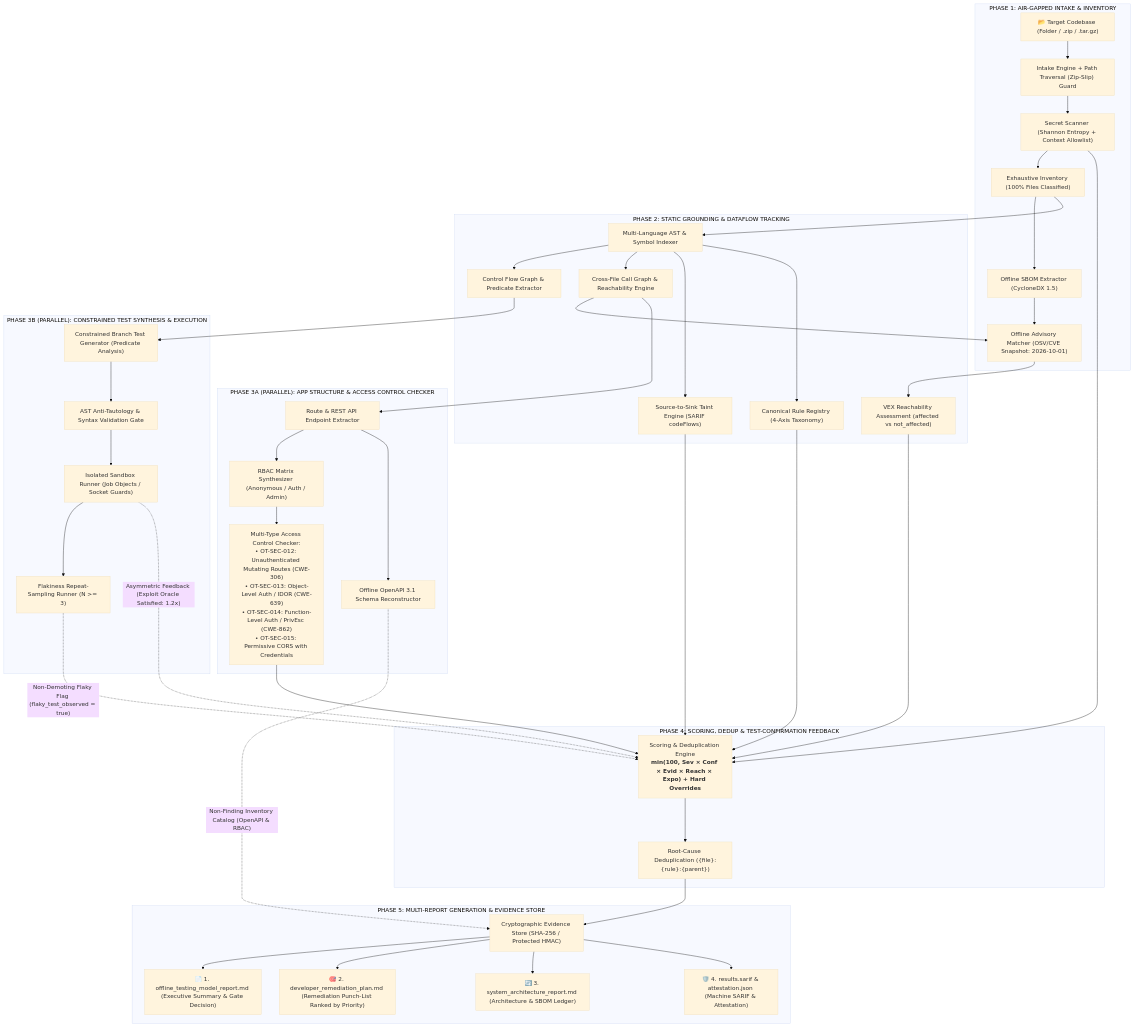
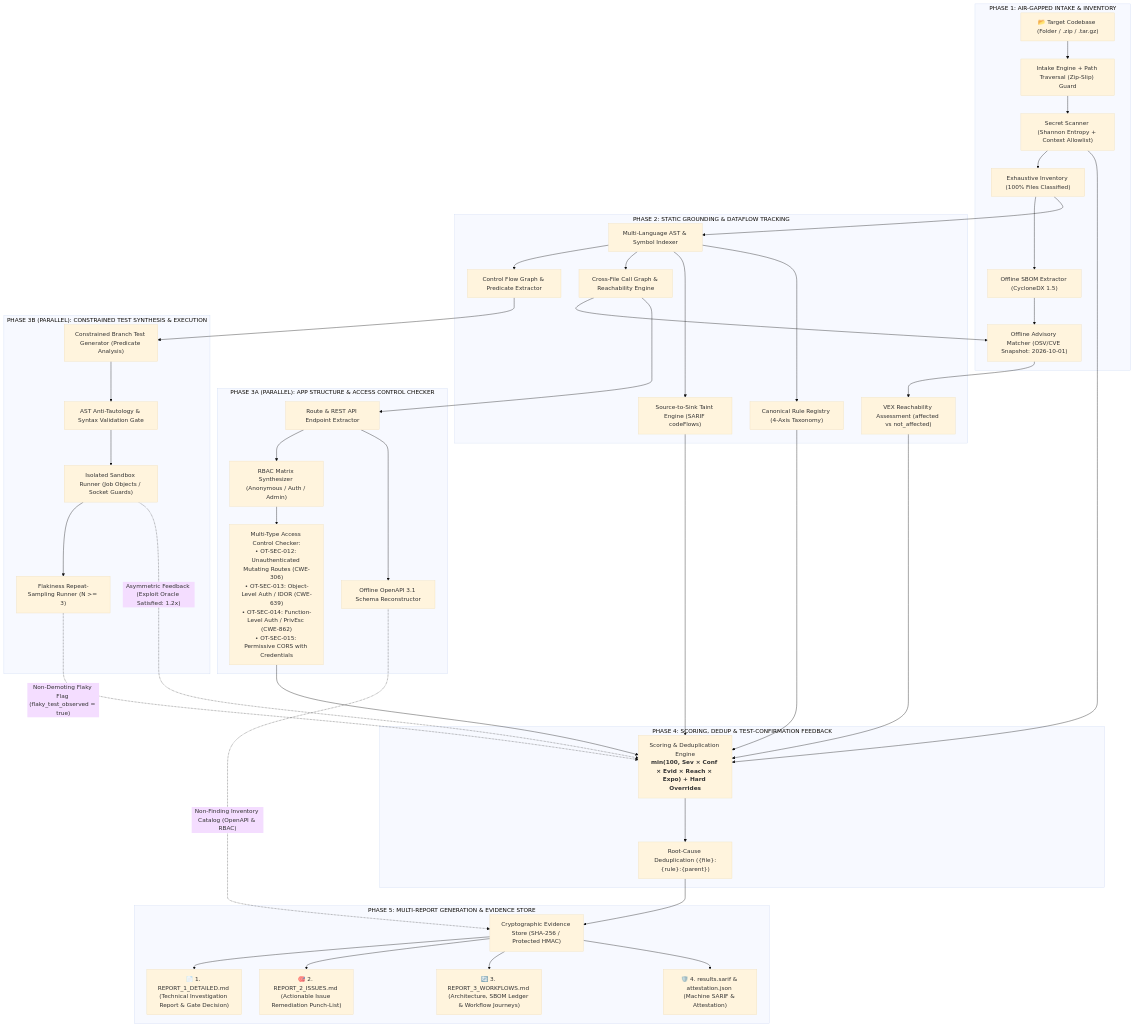
The diagram in README.md (vishalbhardwaj-source/Offline-Model-Test), drawn with Mermaid (base theme) before and after one commit. The commit also changed 15 other files, not shown here.

````diff
--- a/README.md
+++ b/README.md
@@ -32,60 +32,60 @@
 ```mermaid
 flowchart TD
     subgraph P1["PHASE 1: AIR-GAPPED INTAKE & INVENTORY"]
         Target["📂 Target Codebase (Folder / .zip / .tar.gz)"] --> IntakeEngine["Intake Engine + Path Traversal (Zip-Slip) Guard"]
         IntakeEngine --> SecretScan["Secret Scanner (Shannon Entropy + Context Allowlist)"]
         SecretScan --> InvEngine["Exhaustive Inventory (100% Files Classified)"]
         InvEngine --> SBOMGen["Offline SBOM Extractor (CycloneDX 1.5)"]
         SBOMGen --> AdvisoryMatcher["Offline Advisory Matcher (OSV/CVE Snapshot: 2026-10-01)"]
     end
 
     subgraph P2["PHASE 2: STATIC GROUNDING & DATAFLOW TRACKING"]
         InvEngine --> ASTParser["Multi-Language AST & Symbol Indexer"]
         ASTParser --> CFG["Control Flow Graph & Predicate Extractor"]
         ASTParser --> CallGraph["Cross-File Call Graph & Reachability Engine"]
         ASTParser --> TaintEngine["Source-to-Sink Taint Engine (SARIF codeFlows)"]
         ASTParser --> RuleRegistry["Canonical Rule Registry (4-Axis Taxonomy)"]
         CallGraph --> AdvisoryMatcher
         AdvisoryMatcher --> VEXStatus["VEX Reachability Assessment (affected vs not_affected)"]
     end
 
     %% Parallel Execution Fork from Phase 2
     CallGraph --> RouteExtract
     CFG --> TestGen
 
     subgraph P3A["PHASE 3A (PARALLEL): APP STRUCTURE & ACCESS CONTROL CHECKER"]
         RouteExtract["Route & REST API Endpoint Extractor"] --> RBAC["RBAC Matrix Synthesizer (Anonymous / Auth / Admin)"]
         RBAC --> RBACFindings["Multi-Type Access Control Checker:<br/>• OT-SEC-012: Unauthenticated Mutating Routes (CWE-306)<br/>• OT-SEC-013: Object-Level Auth / IDOR (CWE-639)<br/>• OT-SEC-014: Function-Level Auth / PrivEsc (CWE-862)<br/>• OT-SEC-015: Permissive CORS with Credentials"]
         RouteExtract --> OpenAPI["Offline OpenAPI 3.1 Schema Reconstructor"]
     end
 
     subgraph P3B["PHASE 3B (PARALLEL): CONSTRAINED TEST SYNTHESIS & EXECUTION"]
         TestGen["Constrained Branch Test Generator (Predicate Analysis)"] --> ValidationGate["AST Anti-Tautology & Syntax Validation Gate"]
         ValidationGate --> SandboxRunner["Isolated Sandbox Runner (Job Objects / Socket Guards)"]
         SandboxRunner --> FlakyQuarantine["Flakiness Repeat-Sampling Runner (N >= 3)"]
     end
 
     %% All-Source Convergence to Phase 4 (All defect/vulnerability sources)
     RBACFindings --> ScoringEngine
     VEXStatus --> ScoringEngine
     TaintEngine --> ScoringEngine
     RuleRegistry --> ScoringEngine
     SecretScan --> ScoringEngine
 
     %% Non-finding inventory route to Evidence Store for Report 3
     OpenAPI -.->|"Non-Finding Inventory Catalog (OpenAPI & RBAC)"| EvidenceStore
 
     subgraph P4["PHASE 4: SCORING, DEDUP & TEST-CONFIRMATION FEEDBACK"]
         SandboxRunner -.->|"Asymmetric Feedback (Exploit Oracle Satisfied: 1.2x)"| ScoringEngine["Scoring & Deduplication Engine<br/><b>min(100, Sev × Conf × Evid × Reach × Expo) + Hard Overrides</b>"]
         FlakyQuarantine -.->|"Non-Demoting Flaky Flag (flaky_test_observed = true)"| ScoringEngine
         ScoringEngine --> RootCauseClustering["Root-Cause Deduplication ({file}:{rule}:{parent})"]
     end
 
     subgraph P5["PHASE 5: MULTI-REPORT GENERATION & EVIDENCE STORE"]
         RootCauseClustering --> EvidenceStore["Cryptographic Evidence Store (SHA-256 / Protected HMAC)"]
-        EvidenceStore --> Rep1["📄 1. offline_testing_model_report.md (Executive Summary & Gate Decision)"]
-        EvidenceStore --> Rep2["🎯 2. developer_remediation_plan.md (Remediation Punch-List Ranked by Priority)"]
-        EvidenceStore --> Rep3["🔄 3. system_architecture_report.md (Architecture & SBOM Ledger)"]
+        EvidenceStore --> Rep1["📄 1. REPORT_1_DETAILED.md (Technical Investigation Report & Gate Decision)"]
+        EvidenceStore --> Rep2["🎯 2. REPORT_2_ISSUES.md (Actionable Issue Remediation Punch-List)"]
+        EvidenceStore --> Rep3["🔄 3. REPORT_3_WORKFLOWS.md (Architecture, SBOM Ledger & Workflow Journeys)"]
         EvidenceStore --> Rep4["🛡️ 4. results.sarif & attestation.json (Machine SARIF & Attestation)"]
     end
 ```
````
